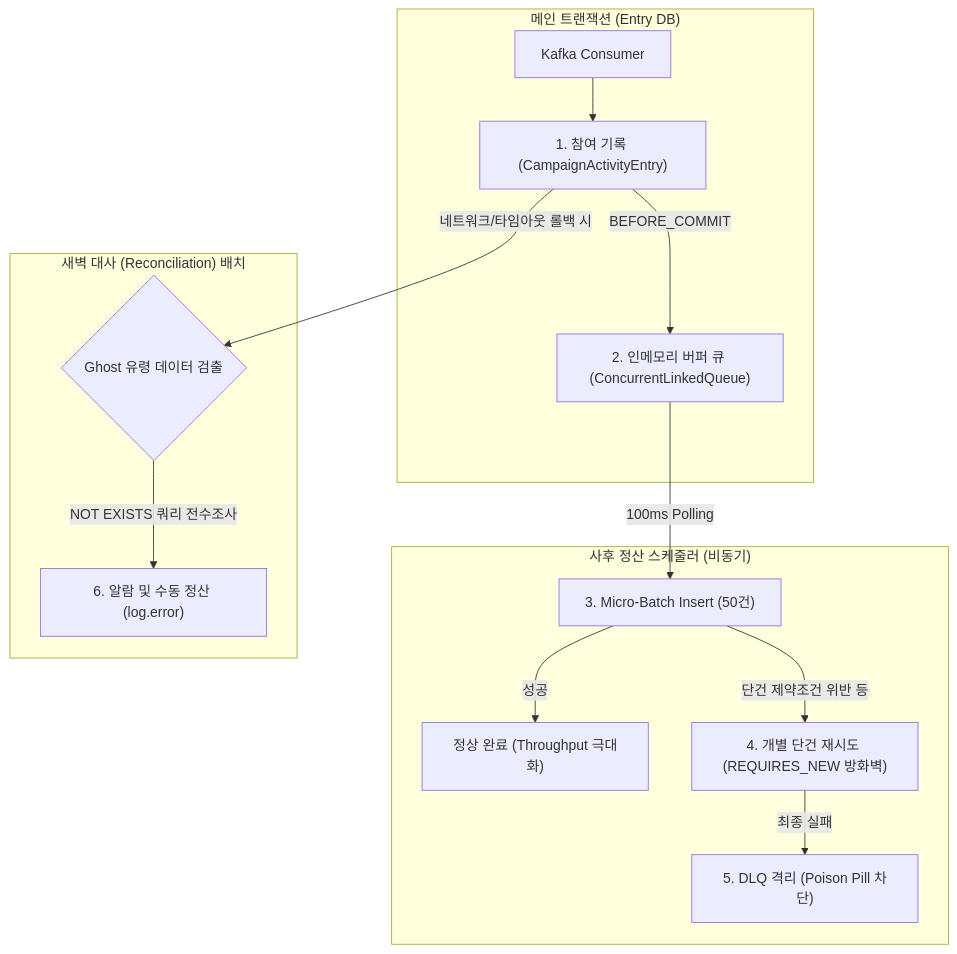
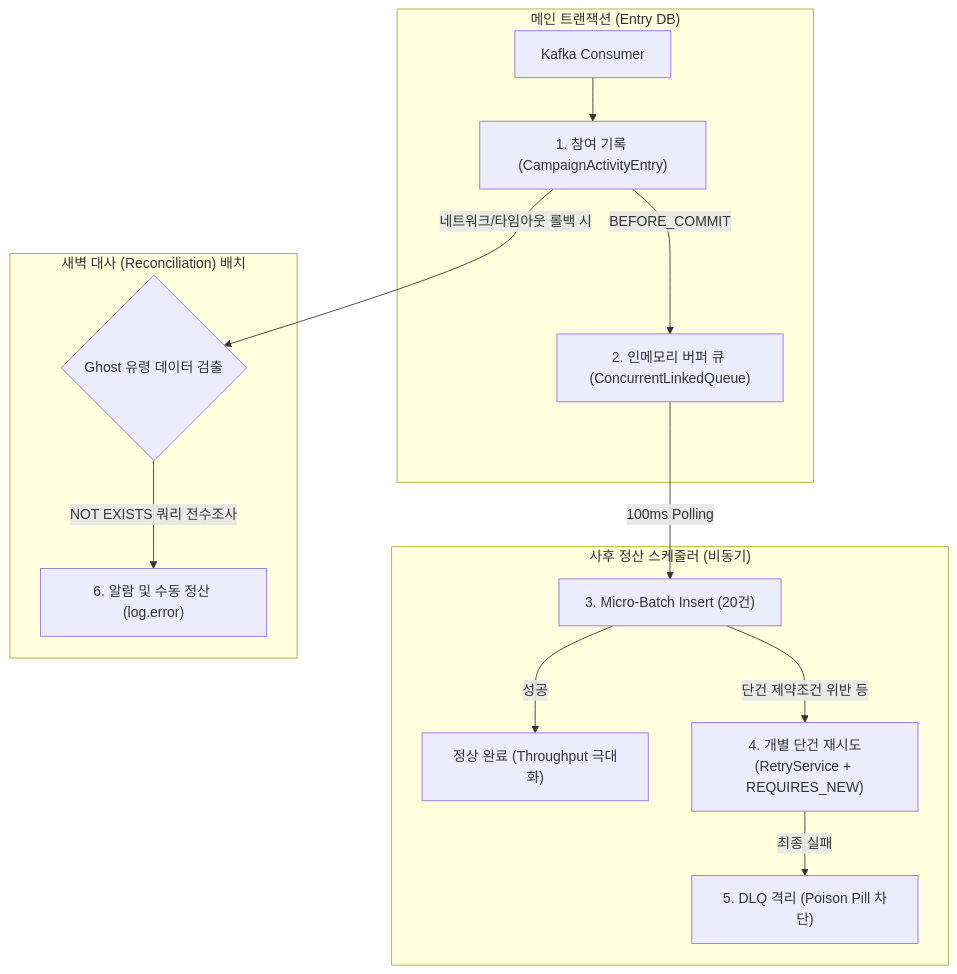
Before and after one commit to NileTheKing/marketing-intelligence-platform: the seventh of 18 diagrams in docs/PORTFOLIO_MASTER.md, drawn with Mermaid. The commit also changed other lines of this file and 12 other files, not shown here.

Commit message:
docs: clarify portfolio evidence and roadmap state

````diff
--- a/docs/PORTFOLIO_MASTER.md
+++ b/docs/PORTFOLIO_MASTER.md
@@ -248,19 +248,19 @@
 ```mermaid
 flowchart TD
     subgraph Receiver ["메인 트랜잭션 (Entry DB)"]
         Kafka["Kafka Consumer"] --> Entry["1. 참여 기록 (CampaignActivityEntry)"]
         Entry -->|"BEFORE_COMMIT"| Buffer["2. 인메모리 버퍼 큐 (ConcurrentLinkedQueue)"]
     end
     
     subgraph Processor ["사후 정산 스케줄러 (비동기)"]
-        Buffer -->|"100ms Polling"| Batch["3. Micro-Batch Insert (50건)"]
+        Buffer -->|"100ms Polling"| Batch["3. Micro-Batch Insert (20건)"]
         Batch --"성공"--> Commit["정상 완료 (Throughput 극대화)"]
-        Batch --"단건 제약조건 위반 등"--> Fallback["4. 개별 단건 재시도 (REQUIRES_NEW 방화벽)"]
+        Batch --"단건 제약조건 위반 등"--> Fallback["4. 개별 단건 재시도\n(RetryService + REQUIRES_NEW)"]
         Fallback --"최종 실패"--> DLQ["5. DLQ 격리 (Poison Pill 차단)"]
     end
     
     subgraph Audit ["새벽 대사 (Reconciliation) 배치"]
         Entry --"네트워크/타임아웃 롤백 시"--> Ghost{"Ghost 유령 데이터 검출"}
         Ghost -->|"NOT EXISTS 쿼리 전수조사"| Alert["6. 알람 및 수동 정산 (log.error)"]
     end
 ```
````
